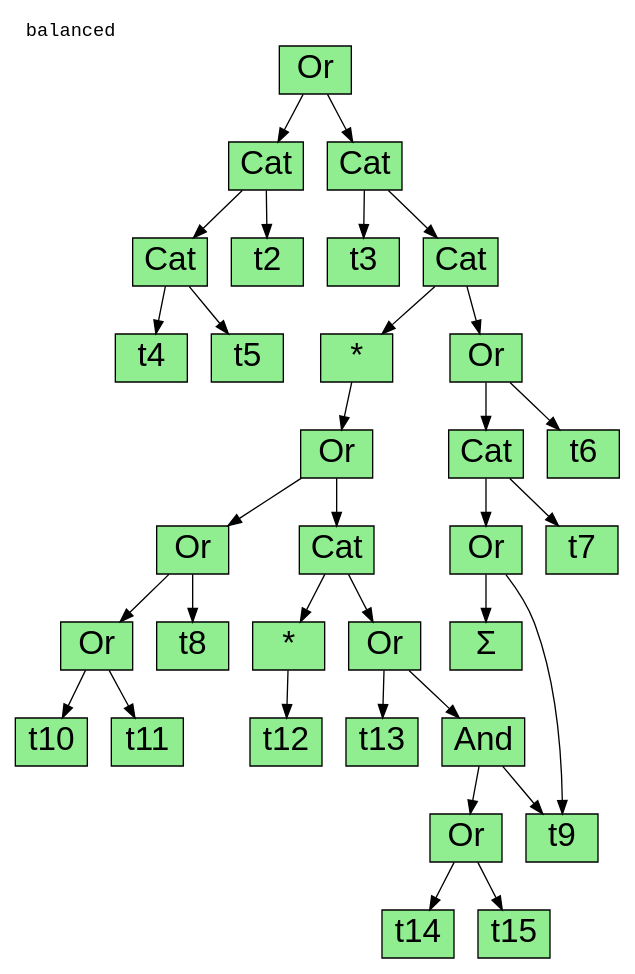
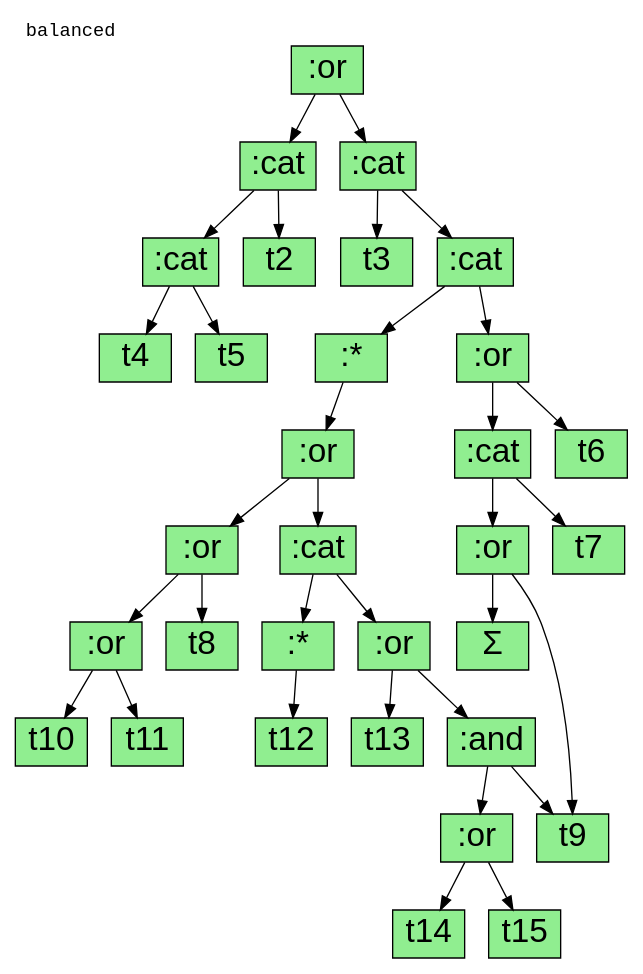
Before and after one commit to jimka2001/clojure-rte: the diagram in doc/clojure.conj/2025/dots/balanced-rte.dot, drawn with Graphviz. The commit also changed 17 other files, not shown here.

```diff
--- a/doc/clojure.conj/2025/dots/balanced-rte.dot
+++ b/doc/clojure.conj/2025/dots/balanced-rte.dot
@@ -1,72 +1,72 @@
 digraph G {
   fontname=courier;
   rankdir=TB; graph[labeljust=l,nojustify=true]
   node [fontname=Arial, fontsize=25];
   edge [fontsize=20];
-R0 [label="Or", style=filled, fillcolor=lightgreen, shape=rect]
-R1 [label="Cat", style=filled, fillcolor=lightgreen, shape=rect]
-R2 [label="Cat", style=filled, fillcolor=lightgreen, shape=rect]
-R3 [label="Cat", style=filled, fillcolor=lightgreen, shape=rect]
+R0 [label=":or", style=filled, fillcolor=lightgreen, shape=rect]
+R1 [label=":cat", style=filled, fillcolor=lightgreen, shape=rect]
+R2 [label=":cat", style=filled, fillcolor=lightgreen, shape=rect]
+R3 [label=":cat", style=filled, fillcolor=lightgreen, shape=rect]
 R4 [label="t2", style=filled, fillcolor=lightgreen, shape=rect]
 R5 [label="t3", style=filled, fillcolor=lightgreen, shape=rect]
-R6 [label="Cat", style=filled, fillcolor=lightgreen, shape=rect]
+R6 [label=":cat", style=filled, fillcolor=lightgreen, shape=rect]
 R7 [label="t4", style=filled, fillcolor=lightgreen, shape=rect]
 R8 [label="t5", style=filled, fillcolor=lightgreen, shape=rect]
-R9 [label="*", style=filled, fillcolor=lightgreen, shape=rect]
-R10 [label="Or", style=filled, fillcolor=lightgreen, shape=rect]
-R11 [label="Or", style=filled, fillcolor=lightgreen, shape=rect]
-R12 [label="Cat", style=filled, fillcolor=lightgreen, shape=rect]
+R9 [label=":*", style=filled, fillcolor=lightgreen, shape=rect]
+R10 [label=":or", style=filled, fillcolor=lightgreen, shape=rect]
+R11 [label=":or", style=filled, fillcolor=lightgreen, shape=rect]
+R12 [label=":cat", style=filled, fillcolor=lightgreen, shape=rect]
 R13 [label="t6", style=filled, fillcolor=lightgreen, shape=rect]
-R14 [label="Or", style=filled, fillcolor=lightgreen, shape=rect]
-R15 [label="Cat", style=filled, fillcolor=lightgreen, shape=rect]
-R16 [label="Or", style=filled, fillcolor=lightgreen, shape=rect]
+R14 [label=":or", style=filled, fillcolor=lightgreen, shape=rect]
+R15 [label=":cat", style=filled, fillcolor=lightgreen, shape=rect]
+R16 [label=":or", style=filled, fillcolor=lightgreen, shape=rect]
 R17 [label="t7", style=filled, fillcolor=lightgreen, shape=rect]
-R18 [label="Or", style=filled, fillcolor=lightgreen, shape=rect]
+R18 [label=":or", style=filled, fillcolor=lightgreen, shape=rect]
 R19 [label="t8", style=filled, fillcolor=lightgreen, shape=rect]
-R20 [label="*", style=filled, fillcolor=lightgreen, shape=rect]
-R21 [label="Or", style=filled, fillcolor=lightgreen, shape=rect]
+R20 [label=":*", style=filled, fillcolor=lightgreen, shape=rect]
+R21 [label=":or", style=filled, fillcolor=lightgreen, shape=rect]
 R22 [label="&#931;", style=filled, fillcolor=lightgreen, shape=rect]
 R23 [label="t9", style=filled, fillcolor=lightgreen, shape=rect]
 R24 [label="t10", style=filled, fillcolor=lightgreen, shape=rect]
 R25 [label="t11", style=filled, fillcolor=lightgreen, shape=rect]
 R26 [label="t12", style=filled, fillcolor=lightgreen, shape=rect]
 R27 [label="t13", style=filled, fillcolor=lightgreen, shape=rect]
-R28 [label="And", style=filled, fillcolor=lightgreen, shape=rect]
-R29 [label="Or", style=filled, fillcolor=lightgreen, shape=rect]
+R28 [label=":and", style=filled, fillcolor=lightgreen, shape=rect]
+R29 [label=":or", style=filled, fillcolor=lightgreen, shape=rect]
 R30 [label="t14", style=filled, fillcolor=lightgreen, shape=rect]
 R31 [label="t15", style=filled, fillcolor=lightgreen, shape=rect]
 R0 -> R1
 R0 -> R2
 R1 -> R3
 R1 -> R4
 R2 -> R5
 R2 -> R6
 R3 -> R7
 R3 -> R8
 R6 -> R9
 R6 -> R10
 R9 -> R11
 R10 -> R12
 R10 -> R13
 R11 -> R14
 R11 -> R15
 R12 -> R16
 R12 -> R17
 R14 -> R18
 R14 -> R19
 R15 -> R20
 R15 -> R21
 R16 -> R22
 R16 -> R23
 R18 -> R24
 R18 -> R25
 R20 -> R26
 R21 -> R27
 R21 -> R28
 R28 -> R23
 R28 -> R29
 R29 -> R30
 R29 -> R31
   labelloc="t";
   label="balanced"
 }
```
